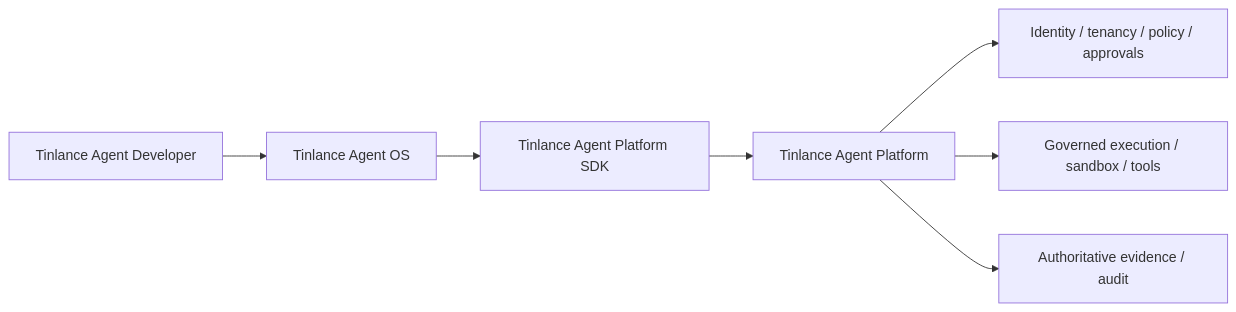
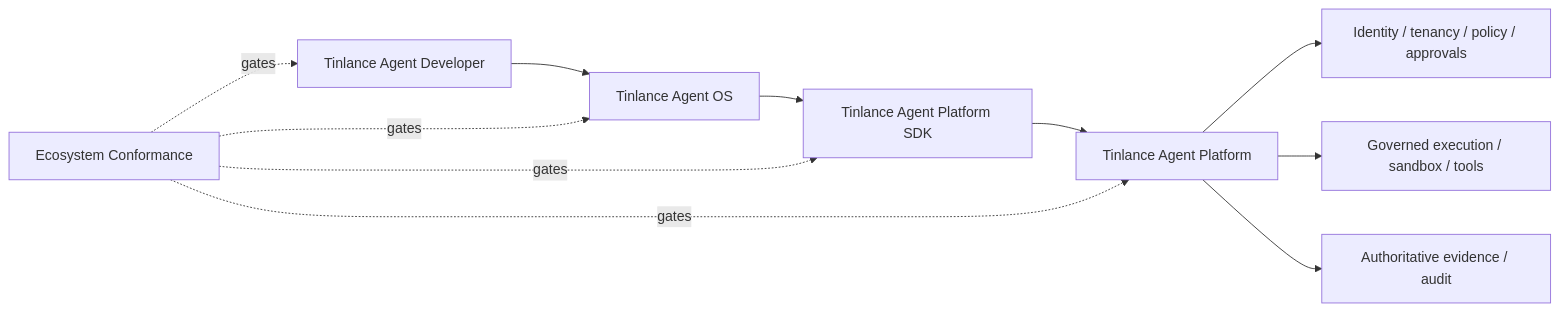
One commit to LloydCoder/tinlance-agent-platform changed the diagram in docs/integration/ECOSYSTEM.md. Above: the diagram before and after it, drawn with Mermaid. The commit also changed other lines of this file and 2 other files, not shown here.

Commit message:
docs: reconcile ecosystem conformance (#67)
* docs: add ecosystem conformance reference

* docs: reconcile ecosystem conformance flow

* docs: surface ecosystem conformance

````diff
--- a/docs/integration/ECOSYSTEM.md
+++ b/docs/integration/ECOSYSTEM.md
@@ -5,9 +5,13 @@
 ```mermaid
 flowchart LR
     D[Tinlance Agent Developer] --> O[Tinlance Agent OS]
     O --> S[Tinlance Agent Platform SDK]
     S --> P[Tinlance Agent Platform]
     P --> A[Identity / tenancy / policy / approvals]
     P --> X[Governed execution / sandbox / tools]
     P --> V[Authoritative evidence / audit]
+    C[Ecosystem Conformance] -. gates .-> D
+    C -. gates .-> O
+    C -. gates .-> S
+    C -. gates .-> P
 ```
````
